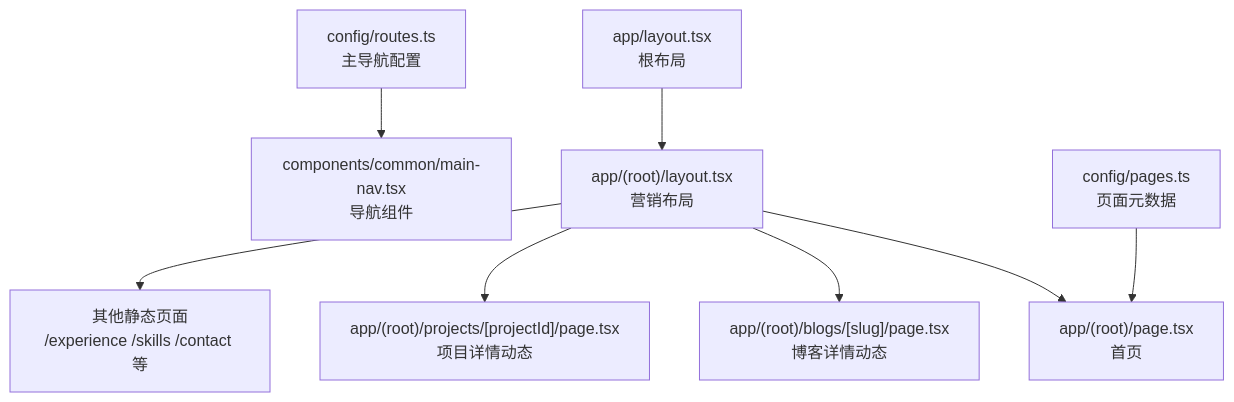
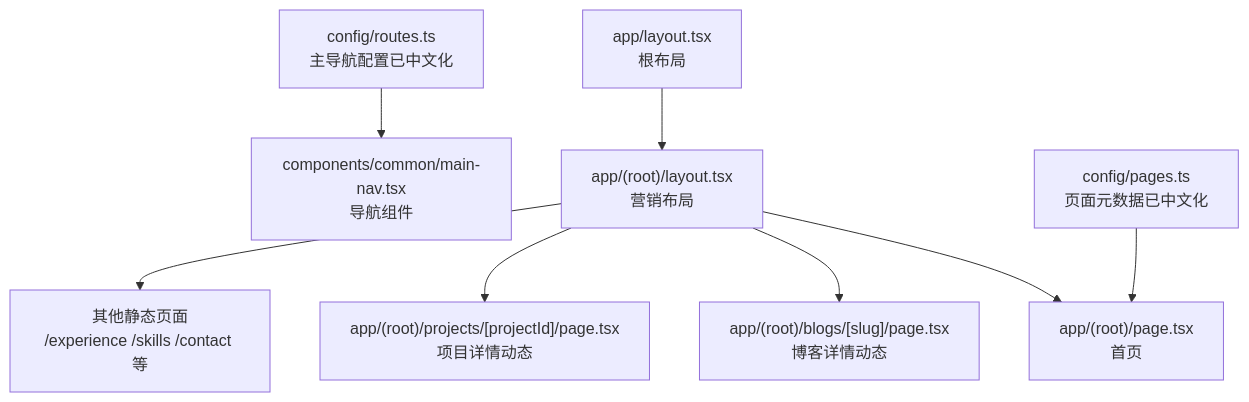
The first of 6 diagrams in .qoder/repowiki/zh/content/配置指南/路由配置.md (florianjsun/next-portfolio), drawn with Mermaid before and after one commit. The commit also changed other lines of this file and 10 other files, not shown here.

````diff
--- a/.qoder/repowiki/zh/content/配置指南/路由配置.md
+++ b/.qoder/repowiki/zh/content/配置指南/路由配置.md
@@ -45,10 +51,10 @@
 ```mermaid
 graph TB
 A["app/layout.tsx<br/>根布局"] --> B["app/(root)/layout.tsx<br/>营销布局"]
 B --> C["app/(root)/page.tsx<br/>首页"]
 B --> D["app/(root)/blogs/[slug]/page.tsx<br/>博客详情动态"]
 B --> E["app/(root)/projects/[projectId]/page.tsx<br/>项目详情动态"]
 B --> F["其他静态页面<br/>/experience /skills /contact 等"]
-G["config/routes.ts<br/>主导航配置"] --> H["components/common/main-nav.tsx<br/>导航组件"]
-I["config/pages.ts<br/>页面元数据"] --> C
+G["config/routes.ts<br/>主导航配置已中文化"] --> H["components/common/main-nav.tsx<br/>导航组件"]
+I["config/pages.ts<br/>页面元数据已中文化"] --> C
 ```
````
